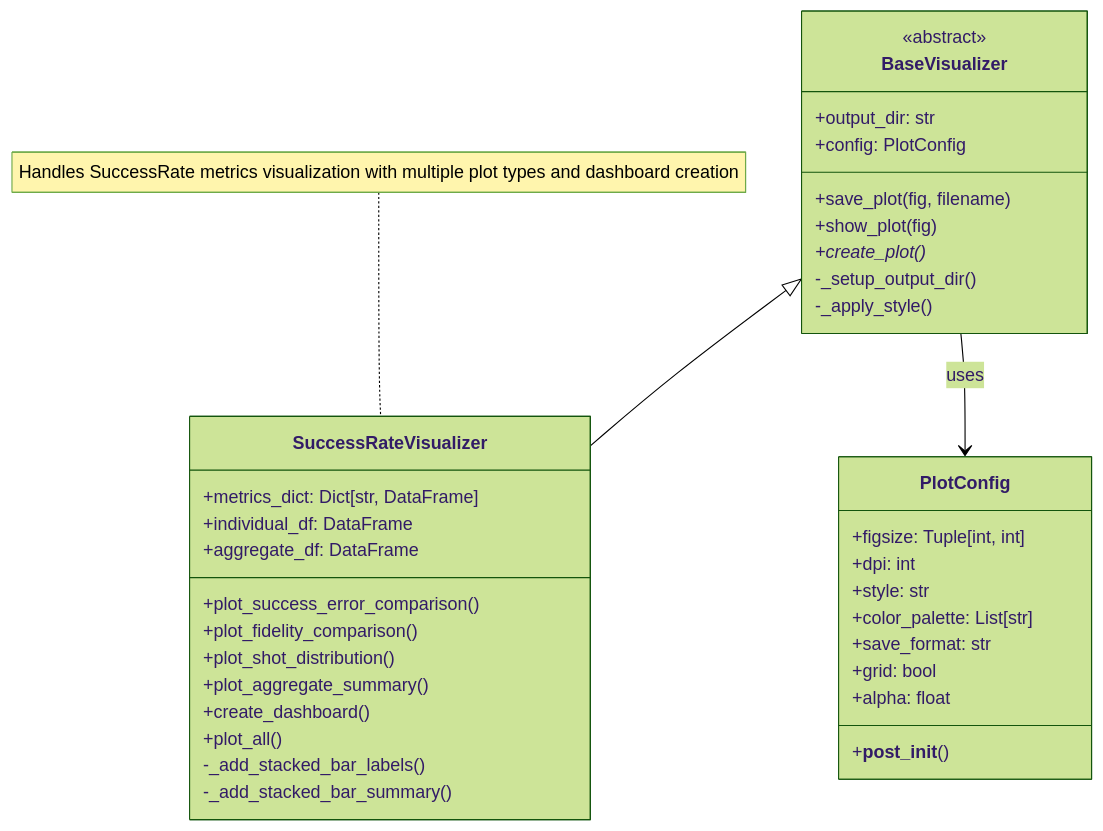
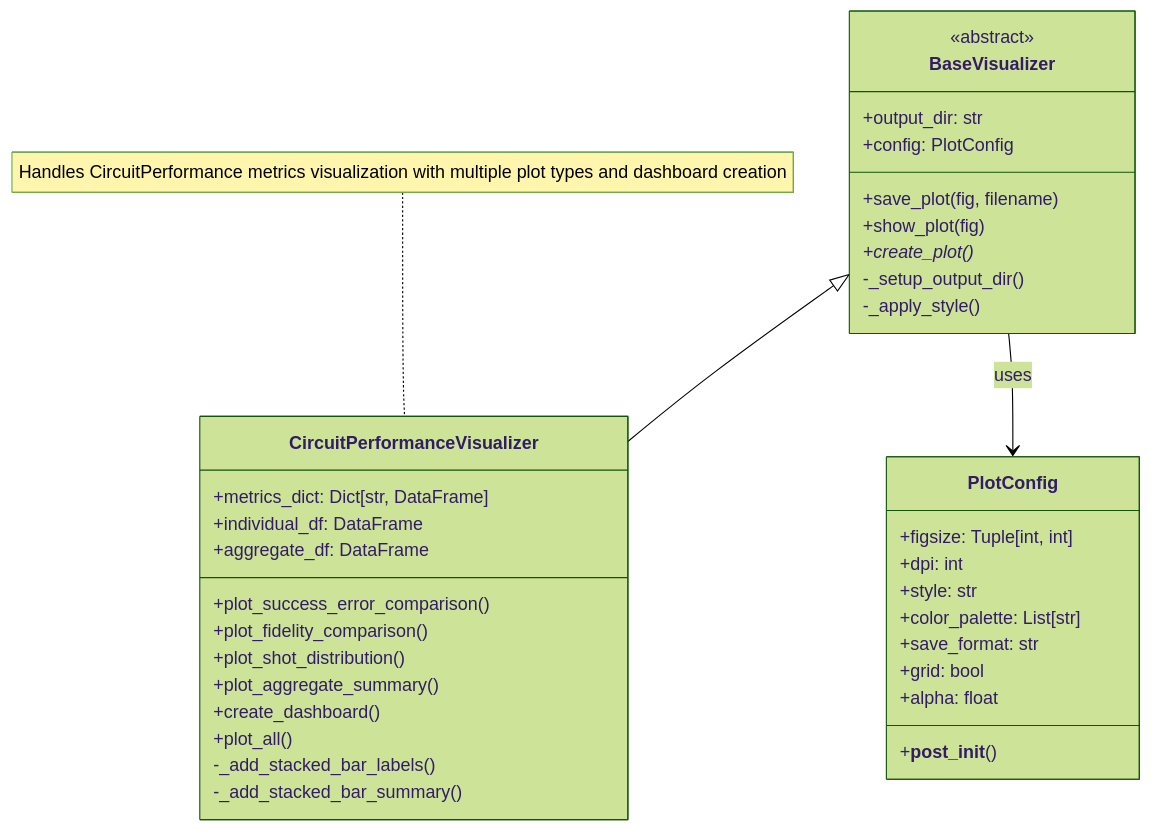
Before and after one commit to xthecapx/qiskit-qward: the diagram in docs/visualization_guide.md, drawn with Mermaid (forest theme). The commit also changed other lines of this file and 11 other files, not shown here.

First line of the commit message:
Refactor and enhance circuit performance metrics and visualization

````diff
--- a/docs/visualization_guide.md
+++ b/docs/visualization_guide.md
@@ -15,43 +15,43 @@
 ```mermaid
 classDiagram
     class BaseVisualizer {
         <<abstract>>
         +output_dir: str
         +config: PlotConfig
         +save_plot(fig, filename)
         +show_plot(fig)
         +create_plot()*
         -_setup_output_dir()
         -_apply_style()
     }
     
     class PlotConfig {
         +figsize: Tuple[int, int]
         +dpi: int
         +style: str
         +color_palette: List[str]
         +save_format: str
         +grid: bool
         +alpha: float
         +__post_init__()
     }
     
-    class SuccessRateVisualizer {
+    class CircuitPerformanceVisualizer {
         +metrics_dict: Dict[str, DataFrame]
         +individual_df: DataFrame
         +aggregate_df: DataFrame
         +plot_success_error_comparison()
         +plot_fidelity_comparison()
         +plot_shot_distribution()
         +plot_aggregate_summary()
         +create_dashboard()
         +plot_all()
         -_add_stacked_bar_labels()
         -_add_stacked_bar_summary()
     }
 
-    BaseVisualizer <|-- SuccessRateVisualizer
+    BaseVisualizer <|-- CircuitPerformanceVisualizer
     BaseVisualizer --> PlotConfig : uses
     
-    note for SuccessRateVisualizer "Handles SuccessRate metrics visualization with multiple plot types and dashboard creation"
+    note for CircuitPerformanceVisualizer "Handles CircuitPerformance metrics visualization with multiple plot types and dashboard creation"
 ```
````
